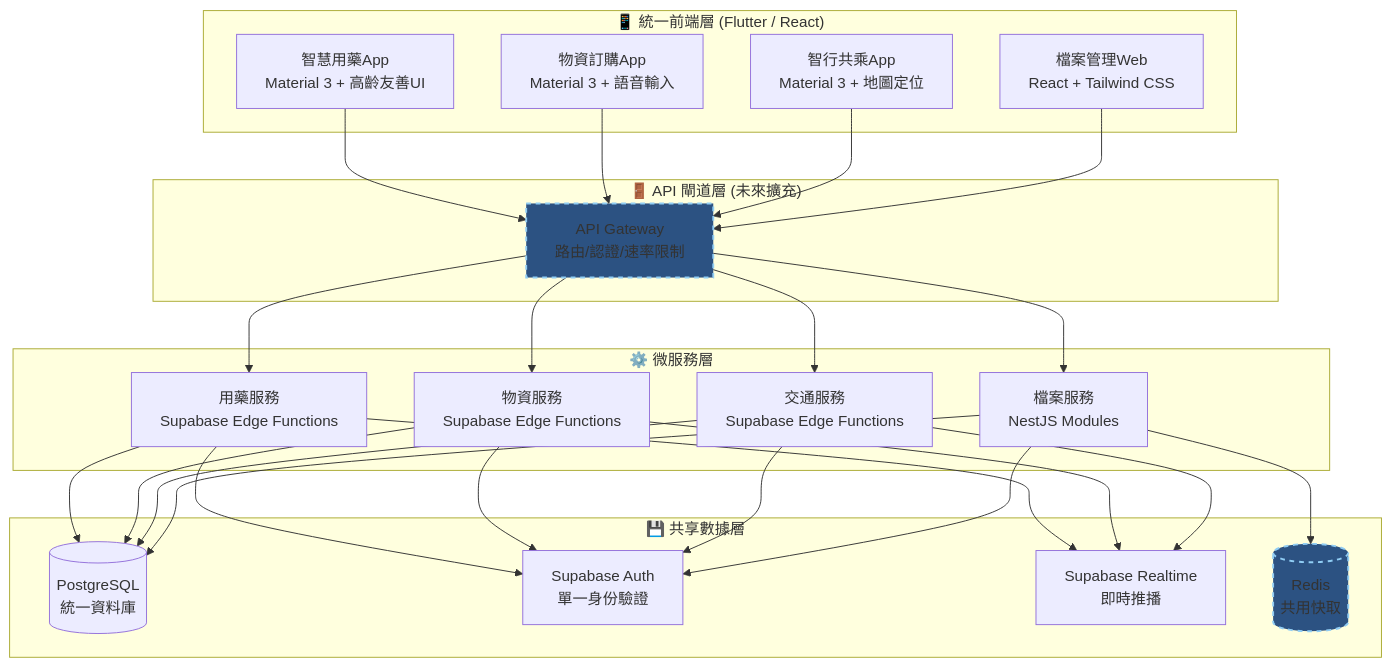
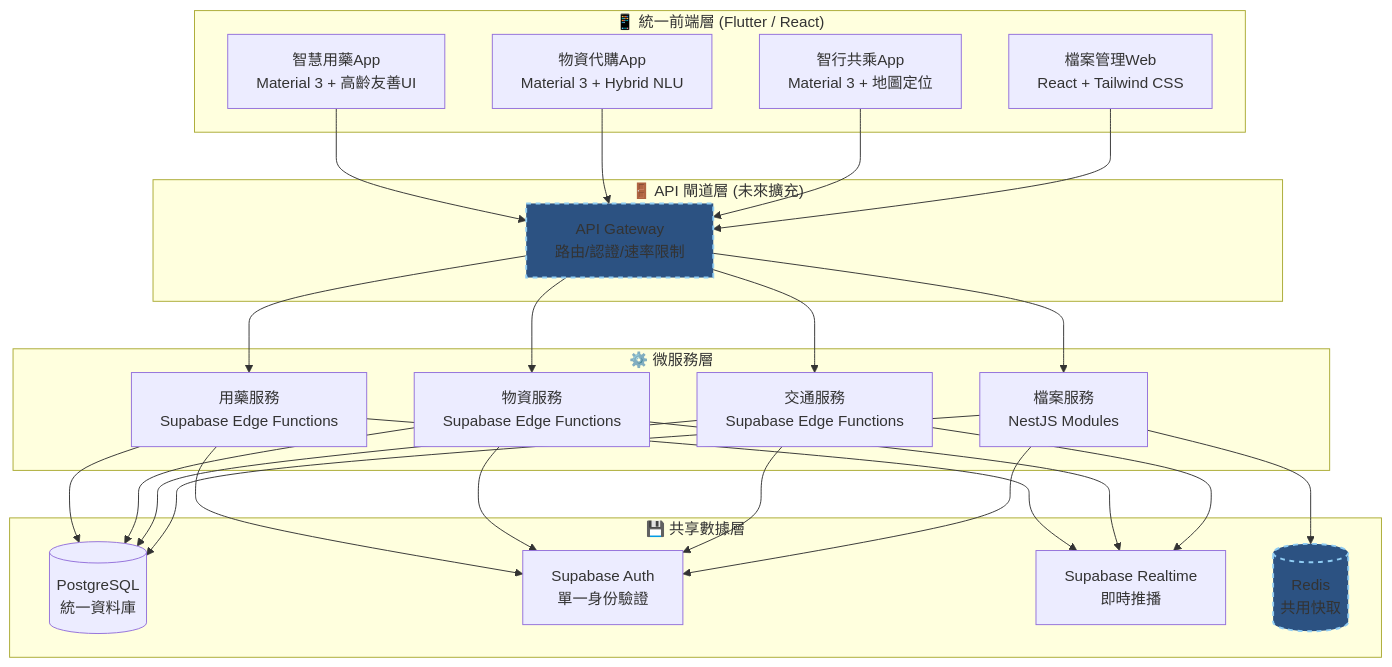
The fourth of 9 diagrams in docs/專題成果報告書初稿.md (Terry7075/smart_bp), drawn with Mermaid before and after one commit. The commit also changed other lines of this file and 112 other files, not shown here.

````diff
--- a/docs/專題成果報告書初稿.md
+++ b/docs/專題成果報告書初稿.md
@@ -367,51 +367,51 @@
 ```mermaid
 graph TB
     subgraph 統一前端層["📱 統一前端層 (Flutter / React)"]
         F1[智慧用藥App<br/>Material 3 + 高齡友善UI]
-        F2[物資訂購App<br/>Material 3 + 語音輸入]
+        F2[物資代購App<br/>Material 3 + Hybrid NLU]
         F3[智行共乘App<br/>Material 3 + 地圖定位]
         F4[檔案管理Web<br/>React + Tailwind CSS]
     end
 
     subgraph API閘道層["🚪 API 閘道層 (未來擴充)"]
         GW[API Gateway<br/>路由/認證/速率限制]
     end
 
     subgraph 微服務層["⚙️ 微服務層"]
         S1[用藥服務<br/>Supabase Edge Functions]
         S2[物資服務<br/>Supabase Edge Functions]
         S3[交通服務<br/>Supabase Edge Functions]
         S4[檔案服務<br/>NestJS Modules]
     end
 
     subgraph 共享數據層["💾 共享數據層"]
         DB[(PostgreSQL<br/>統一資料庫)]
         Auth[Supabase Auth<br/>單一身份驗證]
         RT[Supabase Realtime<br/>即時推播]
         Cache[(Redis<br/>共用快取)]
     end
 
     F1 --> GW
     F2 --> GW
     F3 --> GW
     F4 --> GW
     GW --> S1
     GW --> S2
     GW --> S3
     GW --> S4
     S1 --> DB
     S2 --> DB
     S3 --> DB
     S4 --> DB
     S1 --> Auth
     S2 --> Auth
     S3 --> Auth
     S4 --> Auth
     S1 --> RT
     S2 --> RT
     S3 --> RT
     S4 --> Cache
 
     style GW fill:#2c5282,stroke:#90cdf4,stroke-width:2px,stroke-dasharray: 5 5
     style Cache fill:#2c5282,stroke:#90cdf4,stroke-width:2px,stroke-dasharray: 5 5
 ```
````
